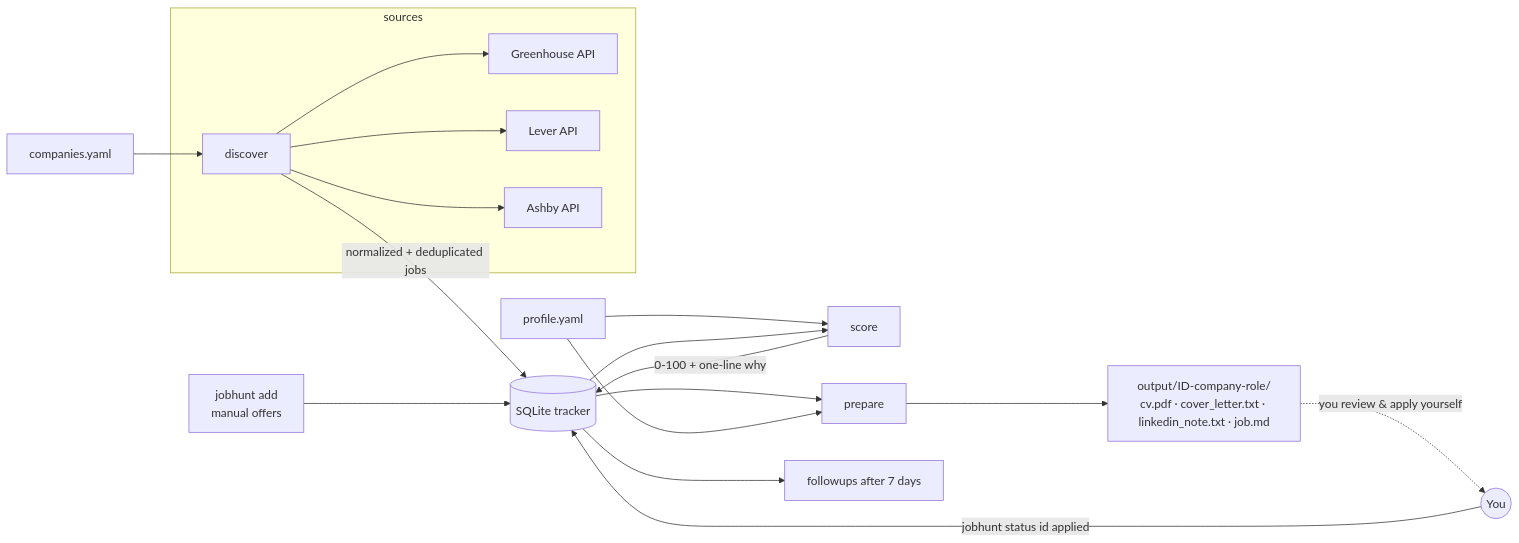
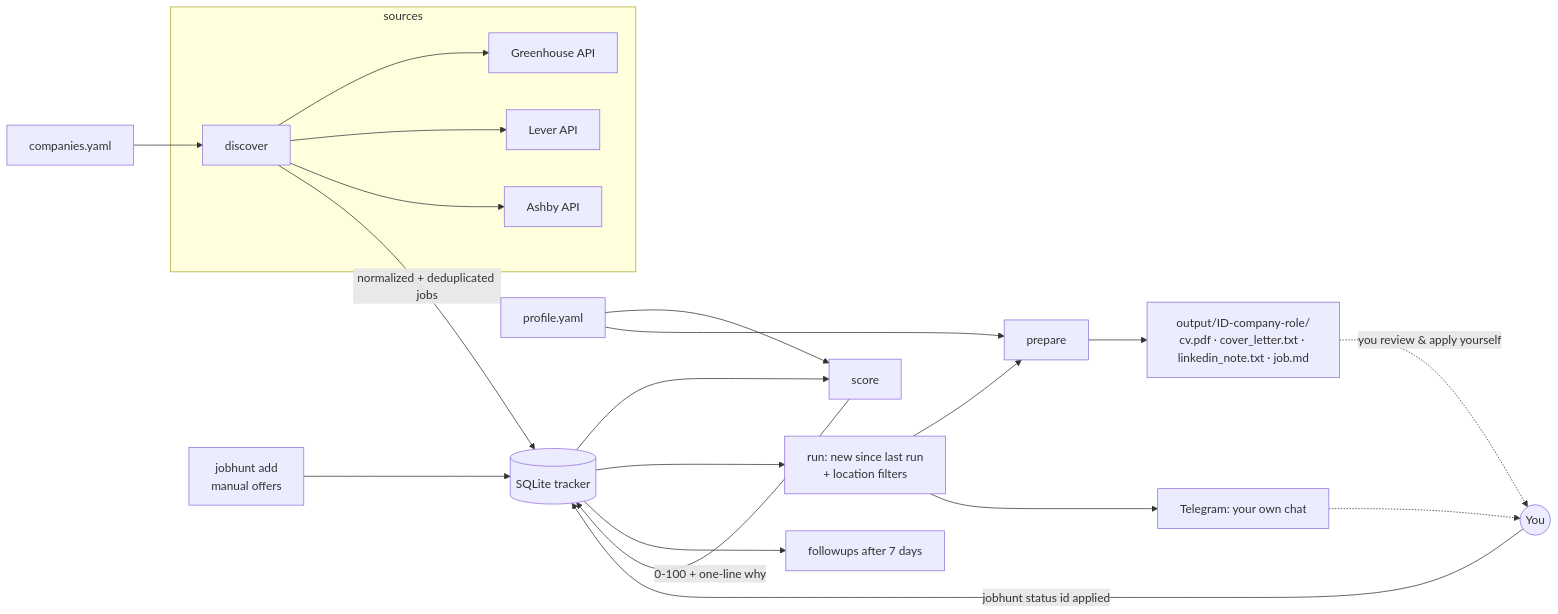
One commit to carloslopezparga/job-hunt-copilot changed the diagram in README.md. Above: the diagram before and after it, drawn with Mermaid. The commit also changed other lines of this file and 28 other files, not shown here.

Commit message:
Location tiers & visa scoring, auto re-score, jobhunt run, Telegram, Windows scheduling (#2)

````diff
--- a/README.md
+++ b/README.md
@@ -30,19 +34,22 @@
 ```mermaid
 flowchart LR
     C[companies.yaml] --> D
     subgraph sources
       D[discover] --> GH[Greenhouse API]
       D --> LV[Lever API]
       D --> AS[Ashby API]
     end
     M[jobhunt add<br/>manual offers] --> T
     D -->|normalized + deduplicated jobs| T[(SQLite tracker)]
     P[profile.yaml] --> S[score]
     T --> S -->|0-100 + one-line why| T
-    T --> G[prepare]
+    T --> R[run: new since last run<br/>+ location filters]
+    R --> G[prepare]
     P --> G
     G --> O["output/ID-company-role/<br/>cv.pdf · cover_letter.txt · linkedin_note.txt · job.md"]
+    R --> TG[Telegram: your own chat]
     O -.->|you review & apply yourself| U((You))
+    TG -.-> U
     U -->|jobhunt status id applied| T
     T --> F[followups after 7 days]
 ```
````
